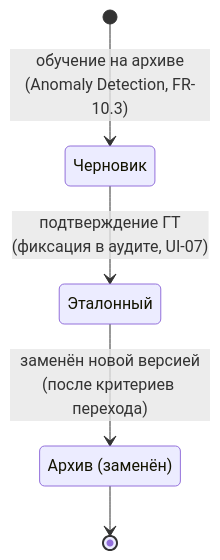
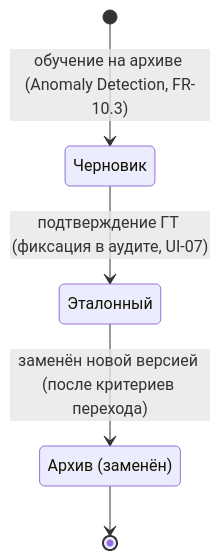
The second of 4 diagrams in docs/system_analysis/diagrams/state_model_and_batch.md (igorvolk1961/water_checker), drawn with Mermaid before and after one commit. The commit also changed other lines of this file and 4 other files, not shown here.

Commit message:
Simplify mermaid labels in sequence/state diagrams to avoid parser tokens (semicolon, br tag)

````diff
--- a/docs/system_analysis/diagrams/state_model_and_batch.md
+++ b/docs/system_analysis/diagrams/state_model_and_batch.md
@@ -23,10 +23,10 @@
 ```mermaid
 stateDiagram-v2
     state "Черновик" as B1
     state "Эталонный" as B2
     state "Архив (заменён)" as B3
-    [*] --> B1 : обучение на архиве<br/>(Anomaly Detection, FR-10.3)
-    B1 --> B2 : подтверждение ГТ<br/>(фиксация в аудите, UI-07)
-    B2 --> B3 : заменён новой версией<br/>(после критериев перехода)
+    [*] --> B1 : обучение на архиве (Anomaly Detection, FR-10.3)
+    B1 --> B2 : подтверждение ГТ (фиксация в аудите, UI-07)
+    B2 --> B3 : заменён новой версией (после критериев перехода)
     B3 --> [*]
 ```
````
